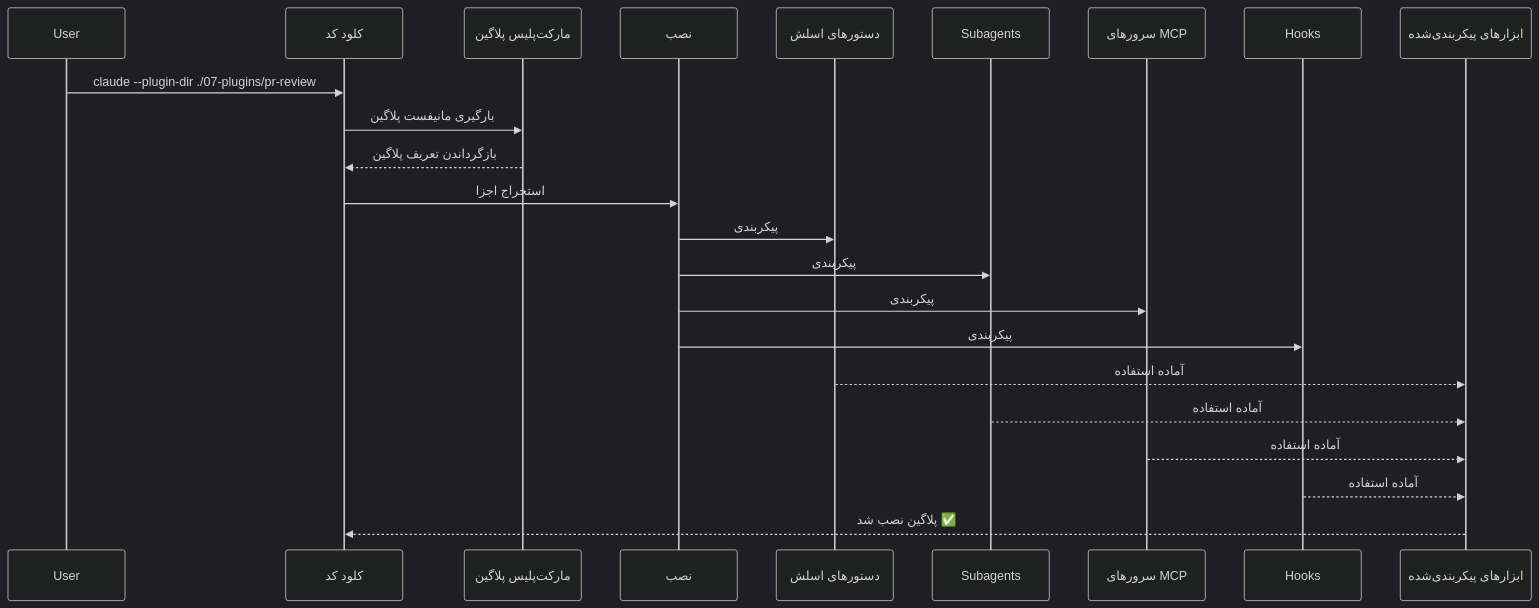
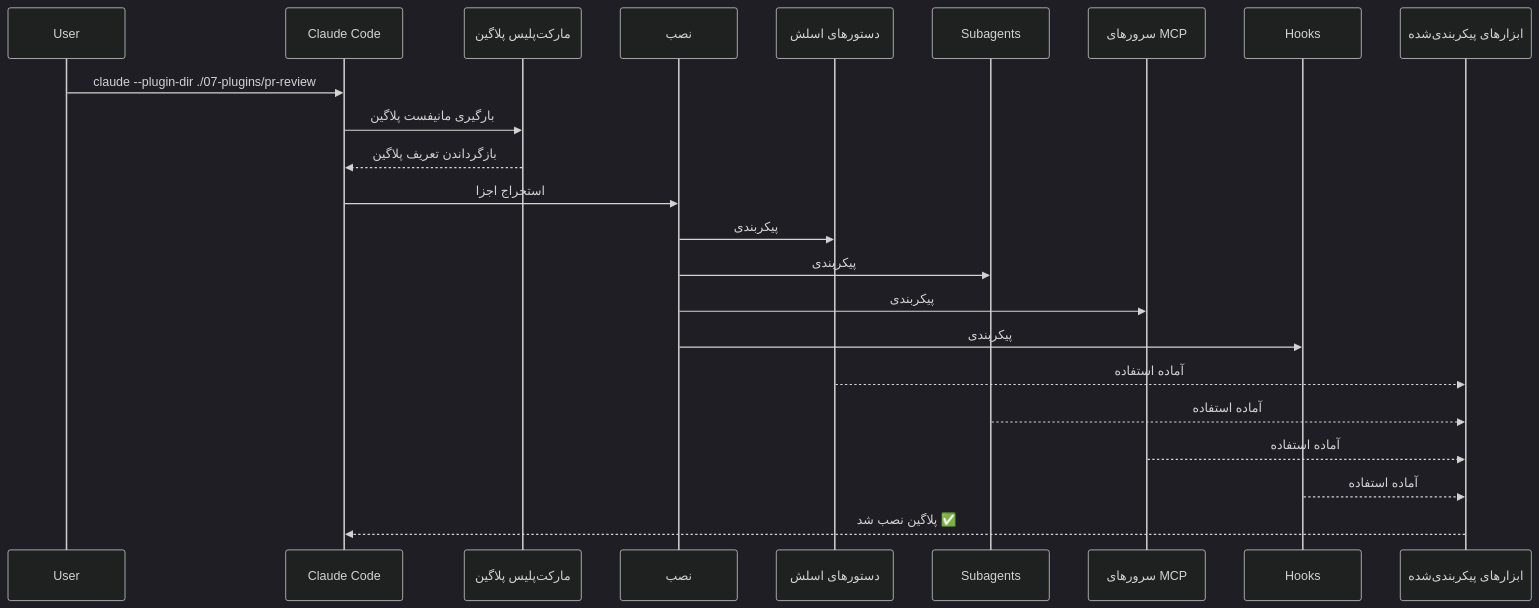
One commit to hassanbht/claude-howto changed the second of 5 diagrams in fa/07-plugins/README.md. Above: the diagram before and after it, drawn with Mermaid (dark theme). The commit also changed other lines of this file and 72 other files, not shown here.

````diff
--- a/fa/07-plugins/README.md
+++ b/fa/07-plugins/README.md
@@ -34,26 +34,26 @@
 ```mermaid
 sequenceDiagram
     participant User
-    participant Claude as کلود کد
+    participant Claude as Claude Code
     participant Plugin as مارکت‌پلیس پلاگین
     participant Install as نصب
     participant SlashCmds as دستورهای اسلش
     participant Subagents
     participant MCPServers as سرورهای MCP
     participant Hooks
     participant Tools as ابزارهای پیکربندی‌شده
 
     User->>Claude: claude --plugin-dir ./07-plugins/pr-review
     Claude->>Plugin: بارگیری مانیفست پلاگین
     Plugin-->>Claude: بازگرداندن تعریف پلاگین
     Claude->>Install: استخراج اجزا
     Install->>SlashCmds: پیکربندی
     Install->>Subagents: پیکربندی
     Install->>MCPServers: پیکربندی
     Install->>Hooks: پیکربندی
     SlashCmds-->>Tools: آماده استفاده
     Subagents-->>Tools: آماده استفاده
     MCPServers-->>Tools: آماده استفاده
     Hooks-->>Tools: آماده استفاده
     Tools-->>Claude: پلاگین نصب شد ✅
 ```
````
